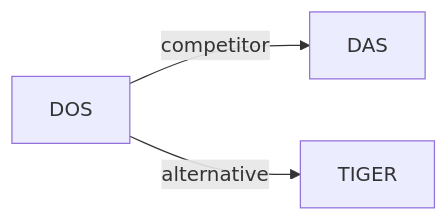
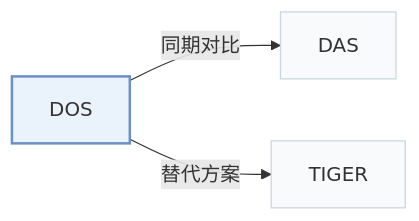
The second of 2 diagrams in pages/zh/papers/dos.md (Galaxy-ghost/Awesome-SID-Generative-Rec), drawn with Mermaid before and after one commit. The commit also changed other lines of this file and 649 other files, not shown here.

Commit message:
writer-05: also tags and modality index (schema, check, build, visuals); summary field removed; calibration data for 12 papers

````diff
--- a/pages/zh/papers/dos.md
+++ b/pages/zh/papers/dos.md
@@ -67,6 +73,10 @@
 ```mermaid
 flowchart LR
     P["DOS"]
-    P -->|competitor| A["DAS"]
-    P -->|alternative| B["TIGER"]
+    P -->|"同期对比"| A["DAS"]
+    P -->|"替代方案"| B["TIGER"]
+    classDef main fill:#eaf2fb,stroke:#6b8fc7,stroke-width:2px
+    classDef peer fill:#f8fafc,stroke:#cbd5e1
+    class P main
+    class A,B peer
 ```
````
